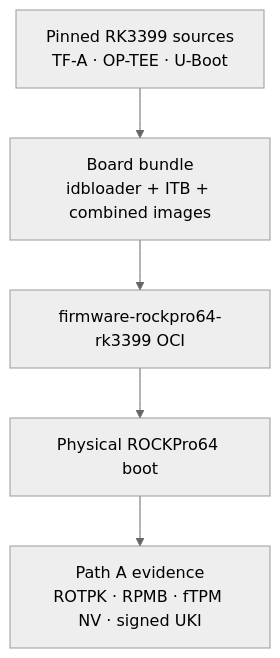
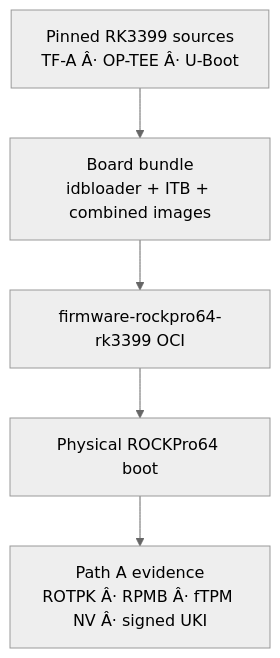
Before and after one commit to corning-croak-cable/yubiOS: the seventh of 12 diagrams in docs/ARCHITECTURE.md, drawn with Mermaid (neutral theme). The commit also changed other lines of this file and 139 other files, not shown here.

````diff
--- a/docs/ARCHITECTURE.md
+++ b/docs/ARCHITECTURE.md
@@ -207,11 +207,11 @@
 ```mermaid
 flowchart TD
-    P["Pinned RK3399 sources<br/>TF-A · OP-TEE · U-Boot"]
+    P["Pinned RK3399 sources<br/>TF-A Â· OP-TEE Â· U-Boot"]
     B["Board bundle<br/>idbloader + ITB + combined images"]
     F["firmware-rockpro64-rk3399 OCI"]
     H["Physical ROCKPro64 boot"]
-    E["Path A evidence<br/>ROTPK · RPMB · fTPM NV · signed UKI"]
+    E["Path A evidence<br/>ROTPK Â· RPMB Â· fTPM NV Â· signed UKI"]
 
     P --> B --> F
     F --> H --> E
 ```
````
